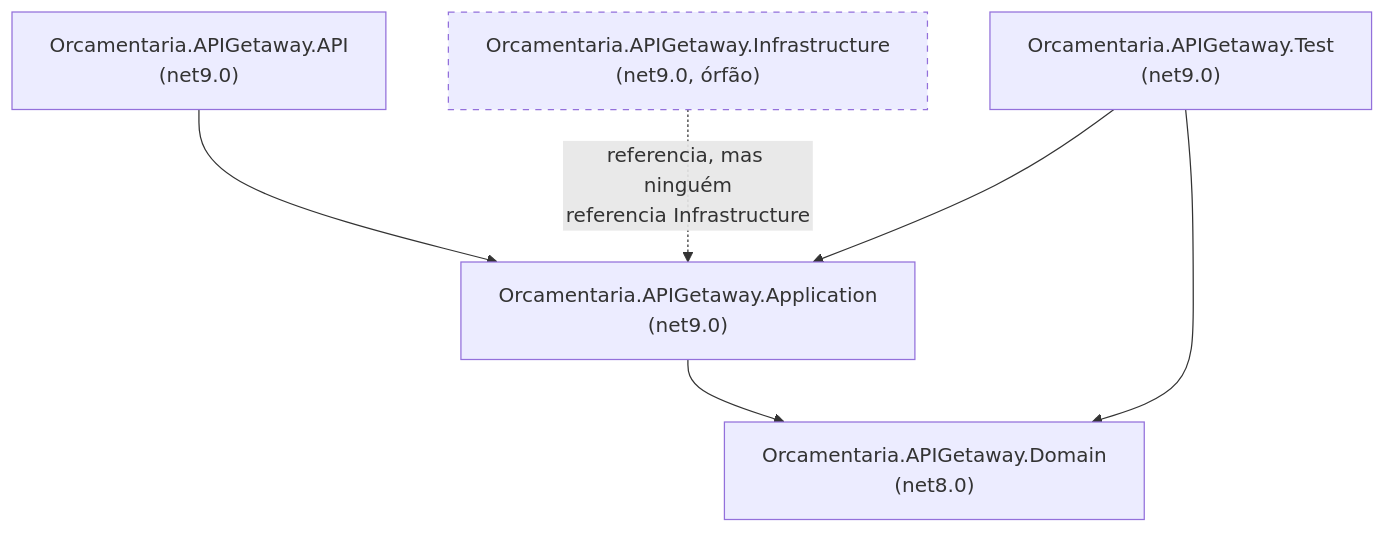
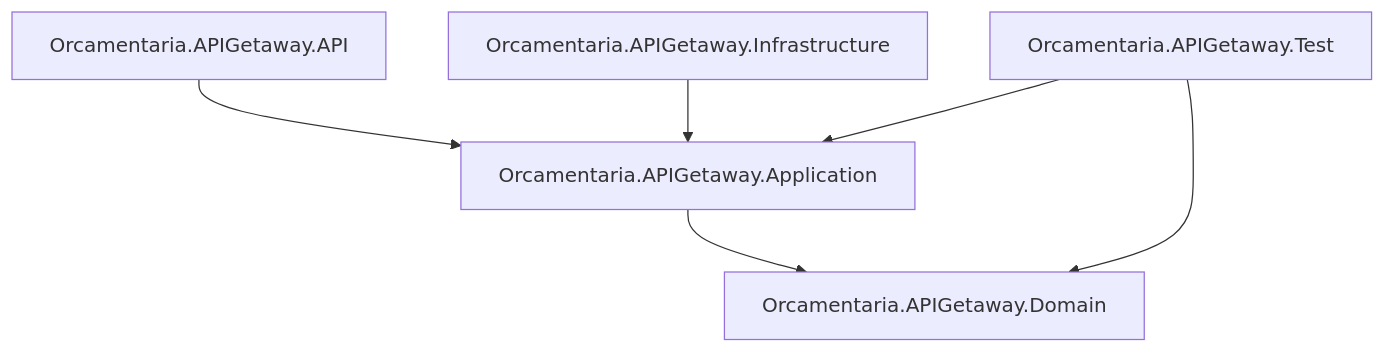
The third of 3 diagrams in README.md (orcamentaria-microservice/Orcamentaria.APIGetaway), drawn with Mermaid before and after one commit. The commit also changed other lines of this file, not shown here.

````diff
--- a/README.md
+++ b/README.md
@@ -405,16 +308,14 @@
 ```mermaid
 flowchart TD
-    API["Orcamentaria.APIGetaway.API<br/>(net9.0)"]
-    APPLICATION["Orcamentaria.APIGetaway.Application<br/>(net9.0)"]
-    DOMAIN["Orcamentaria.APIGetaway.Domain<br/>(net8.0)"]
-    INFRASTRUCTURE["Orcamentaria.APIGetaway.Infrastructure<br/>(net9.0, órfão)"]
-    TEST["Orcamentaria.APIGetaway.Test<br/>(net9.0)"]
+    API["Orcamentaria.APIGetaway.API"]
+    APPLICATION["Orcamentaria.APIGetaway.Application"]
+    DOMAIN["Orcamentaria.APIGetaway.Domain"]
+    INFRASTRUCTURE["Orcamentaria.APIGetaway.Infrastructure"]
+    TEST["Orcamentaria.APIGetaway.Test"]
 
     API --> APPLICATION
     APPLICATION --> DOMAIN
-    INFRASTRUCTURE -.->|"referencia, mas ninguém<br/>referencia Infrastructure"| APPLICATION
+    INFRASTRUCTURE --> APPLICATION
     TEST --> APPLICATION
     TEST --> DOMAIN
-
-    style INFRASTRUCTURE stroke-dasharray: 5 5
 ```
````
